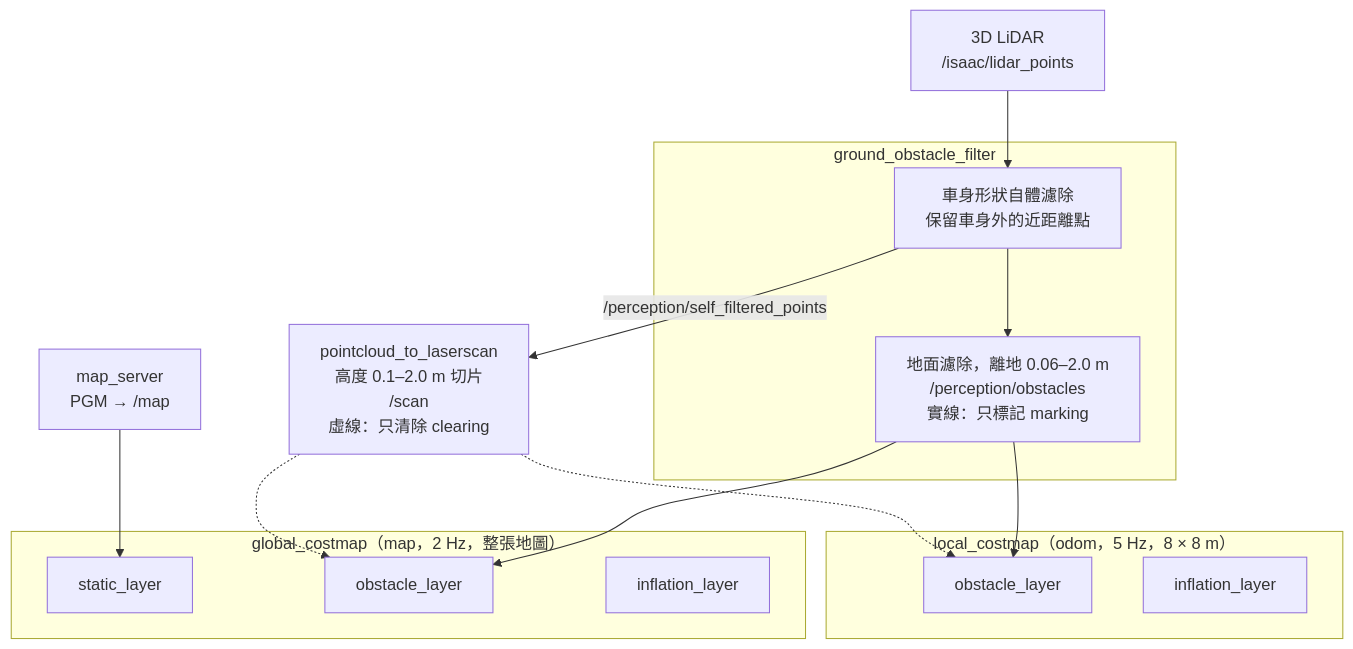
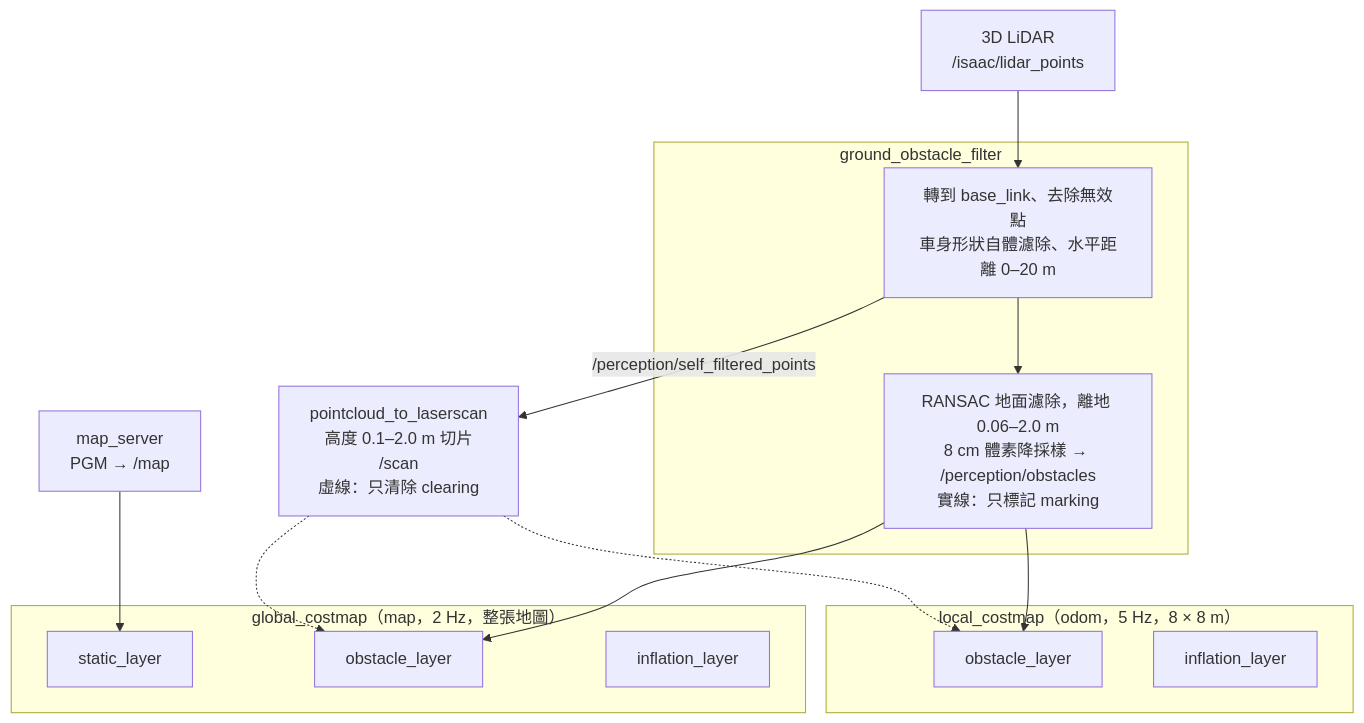
The first of 5 diagrams in docs/nav.md (piggaycheng/isaacsim_fast-lio2-slam), drawn with Mermaid before and after one commit. The commit also changed other lines of this file and 1 other file, not shown here.

````diff
--- a/docs/nav.md
+++ b/docs/nav.md
@@ -15,30 +15,30 @@
 ```mermaid
 flowchart TD
     Lidar["3D LiDAR<br/>/isaac/lidar_points"]
     MapServer["map_server<br/>PGM → /map"]
     subgraph Filter ["ground_obstacle_filter"]
-        SelfFilter["車身形狀自體濾除<br/>保留車身外的近距離點"]
-        GroundFilter["地面濾除，離地 0.06–2.0 m<br/>/perception/obstacles<br/>實線：只標記 marking"]
+        SelfFilter["轉到 base_link、去除無效點<br/>車身形狀自體濾除、水平距離 0–20 m"]
+        GroundFilter["RANSAC 地面濾除，離地 0.06–2.0 m<br/>8 cm 體素降採樣 → /perception/obstacles<br/>實線：只標記 marking"]
     end
     ScanProj["pointcloud_to_laserscan<br/>高度 0.1–2.0 m 切片<br/>/scan<br/>虛線：只清除 clearing"]
 
     subgraph GlobalCostmap ["global_costmap（map，2 Hz，整張地圖）"]
         GStatic["static_layer"]
         GObstacle["obstacle_layer"]
         GInflation["inflation_layer"]
     end
 
     subgraph LocalCostmap ["local_costmap（odom，5 Hz，8 × 8 m）"]
         LObstacle["obstacle_layer"]
         LInflation["inflation_layer"]
     end
 
     Lidar --> SelfFilter
     SelfFilter --> GroundFilter
     SelfFilter -->|"/perception/self_filtered_points"| ScanProj
     MapServer --> GStatic
     GroundFilter --> GObstacle
     GroundFilter --> LObstacle
     ScanProj -.-> GObstacle
     ScanProj -.-> LObstacle
 ```
````
